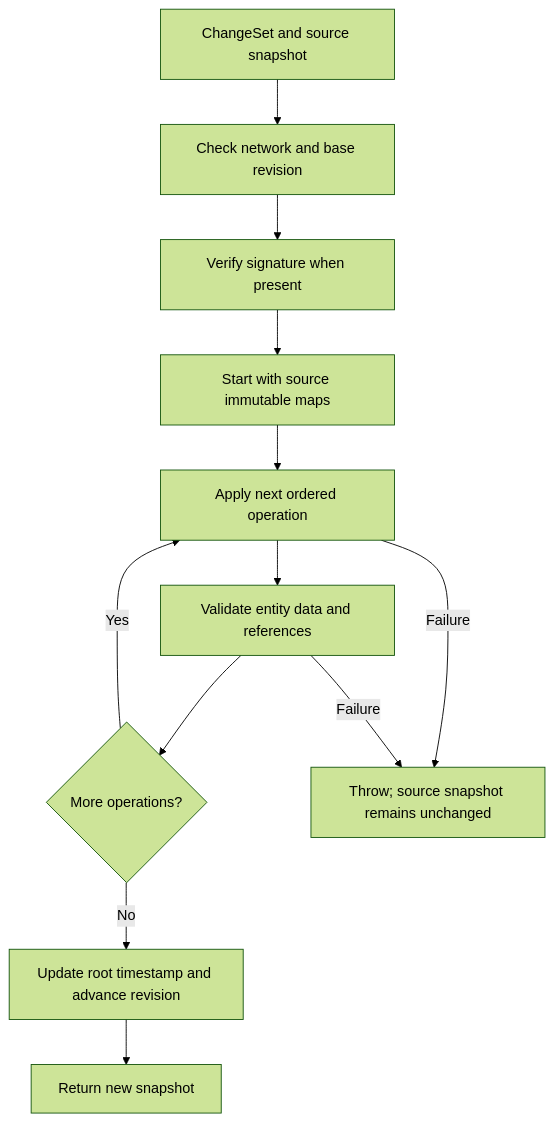
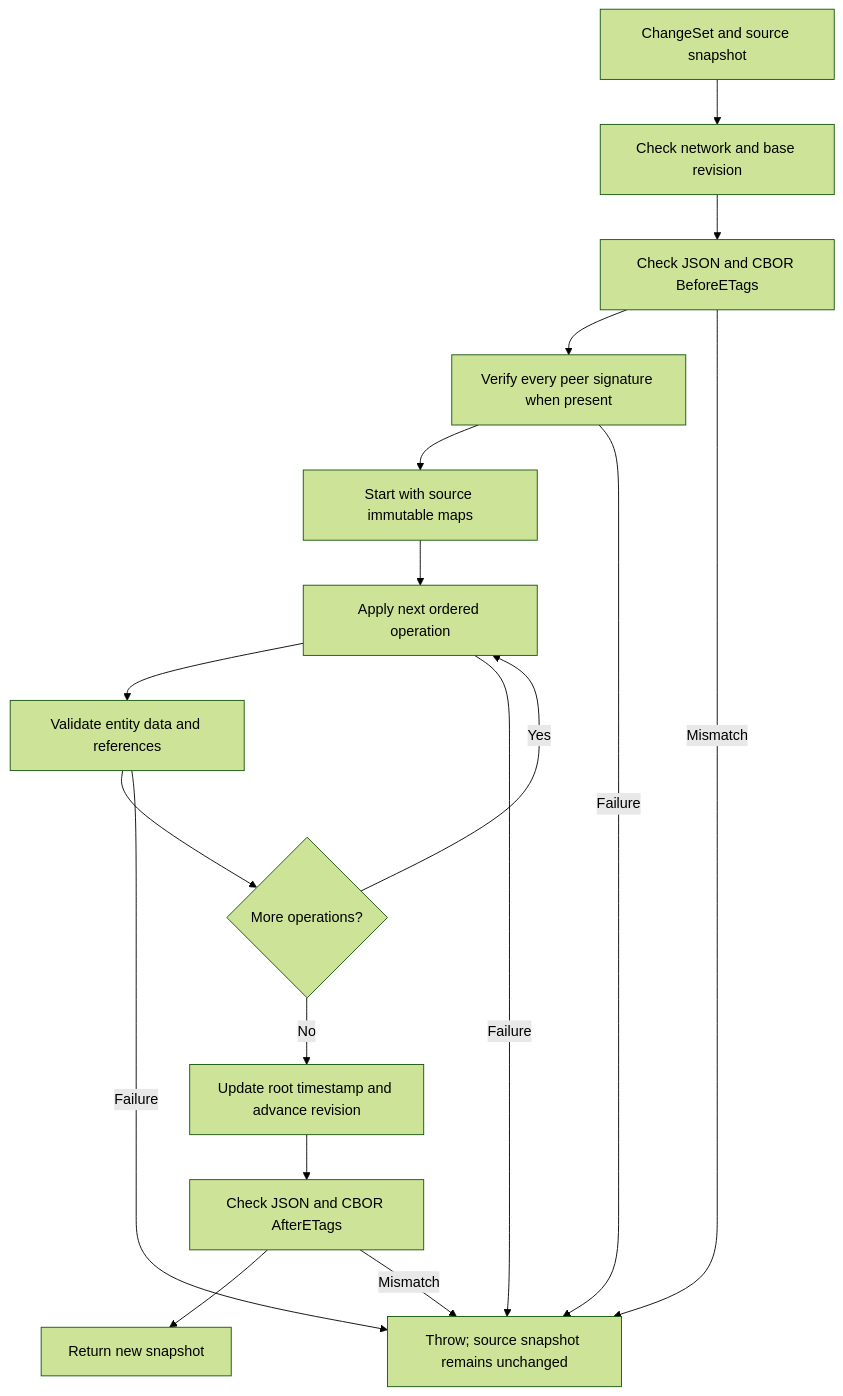
Before and after one commit to OpenChargingCloud/WWCP_POI: the diagram in docs/ARCHITECTURE.md, drawn with Mermaid (forest theme). The commit also changed other lines of this file and 126 other files, not shown here.

````diff
--- a/docs/ARCHITECTURE.md
+++ b/docs/ARCHITECTURE.md
@@ -110,14 +191,19 @@
 ```mermaid
 flowchart TD
     Input[ChangeSet and source snapshot] --> Batch[Check network and base revision]
-    Batch --> Signature[Verify signature when present]
+    Batch --> Before[Check JSON and CBOR BeforeETags]
+    Before --> Signature[Verify every peer signature when present]
     Signature --> Working[Start with source immutable maps]
     Working --> Operation[Apply next ordered operation]
     Operation --> Domain[Validate entity data and references]
     Domain --> More{More operations?}
     More -->|Yes| Operation
     More -->|No| Commit[Update root timestamp and advance revision]
-    Commit --> Result[Return new snapshot]
+    Commit --> After[Check JSON and CBOR AfterETags]
+    After --> Result[Return new snapshot]
     Operation -->|Failure| Error[Throw; source snapshot remains unchanged]
     Domain -->|Failure| Error
+    Before -->|Mismatch| Error
+    Signature -->|Failure| Error
+    After -->|Mismatch| Error
 ```
````
